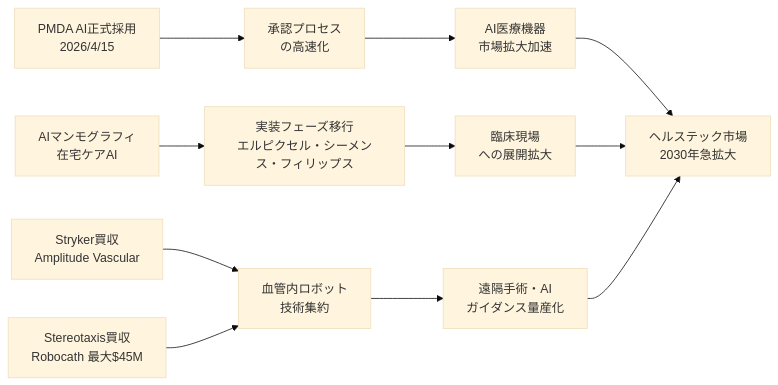
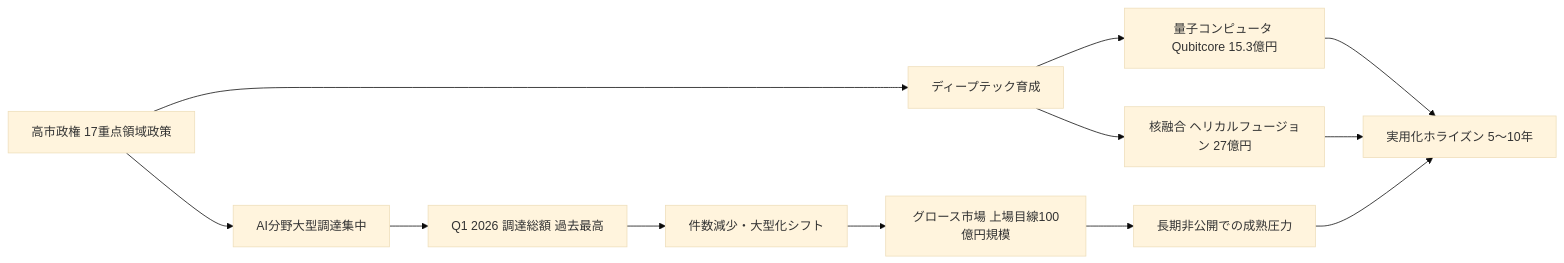
Before and after one commit to AtsushiSaito1980/trend-report: the second of 3 diagrams in workspace/outputs/tech_analysis.md, drawn with Mermaid (base theme). The commit also changed other lines of this file, not shown here.

````diff
--- a/workspace/outputs/tech_analysis.md
+++ b/workspace/outputs/tech_analysis.md
@@ -33,16 +43,14 @@
 ```mermaid
 graph LR
-  A[PMDA AI正式採用\n2026/4/15] --> B[承認プロセス\nの高速化]
-  B --> C[AI医療機器\n市場拡大加速]
-
-  D[AIマンモグラフィ\n在宅ケアAI] --> E[実装フェーズ移行\nエルピクセル・シーメンス・フィリップス]
-  E --> F[臨床現場\nへの展開拡大]
-
-  G[Stryker買収\nAmplitude Vascular] --> H[血管内ロボット\n技術集約]
-  I[Stereotaxis買収\nRobocath 最大$45M] --> H
-  H --> J[遠隔手術・AI\nガイダンス量産化]
-
-  C --> K[ヘルステック市場\n2030年急拡大]
-  F --> K
-  J --> K
+  A["高市政権 17重点領域政策"] --> B["AI分野大型調達集中"]
+  A --> C["ディープテック育成"]
+  C --> D["量子コンピュータ Qubitcore 15.3億円"]
+  C --> E["核融合 ヘリカルフュージョン 27億円"]
+  B --> F["Q1 2026 調達総額 過去最高"]
+  D --> G["実用化ホライズン 5〜10年"]
+  E --> G
+  F --> H["件数減少・大型化シフト"]
+  H --> I["グロース市場 上場目線100億円規模"]
+  I --> J["長期非公開での成熟圧力"]
+  J --> G
 ```
````
